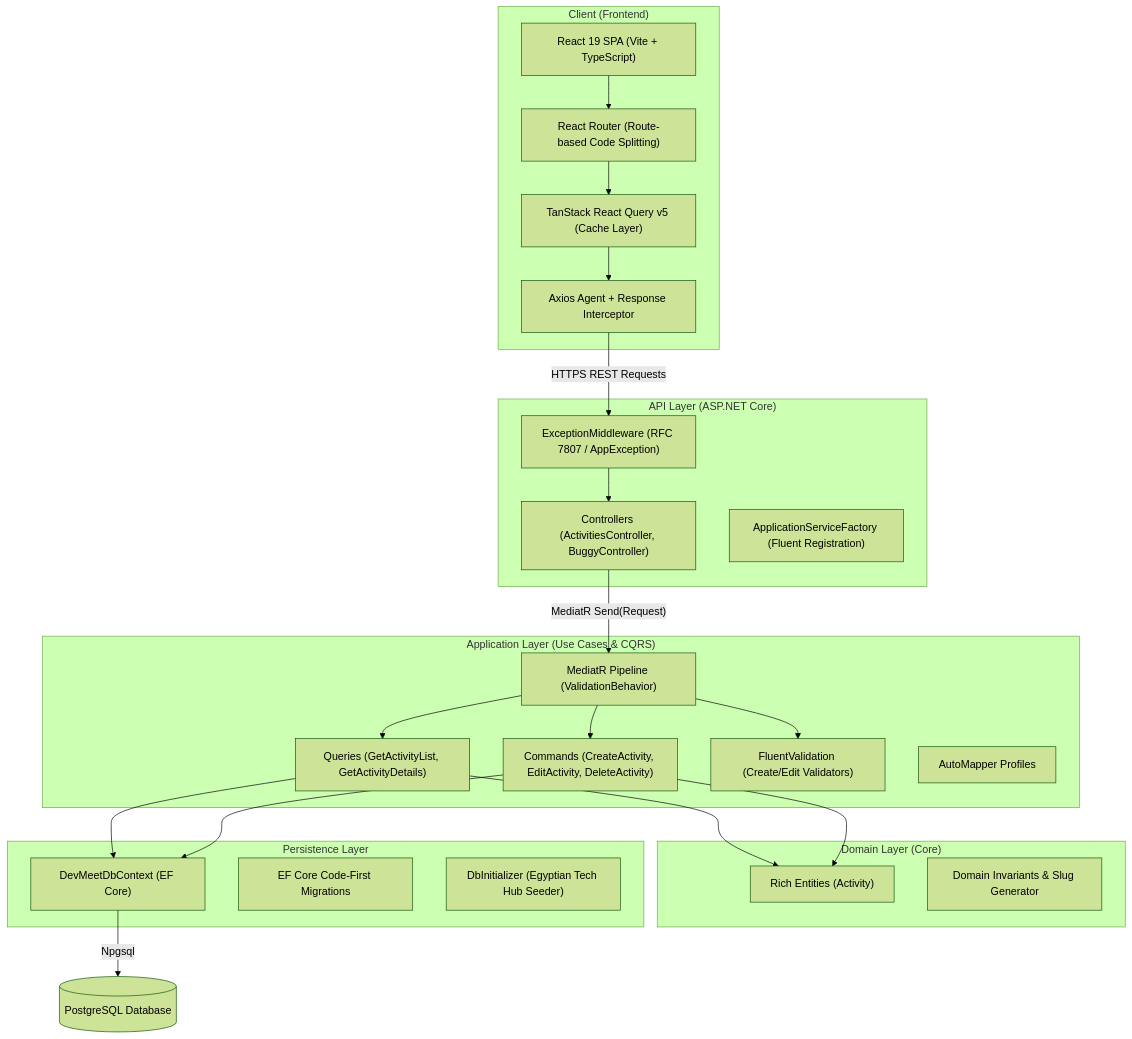
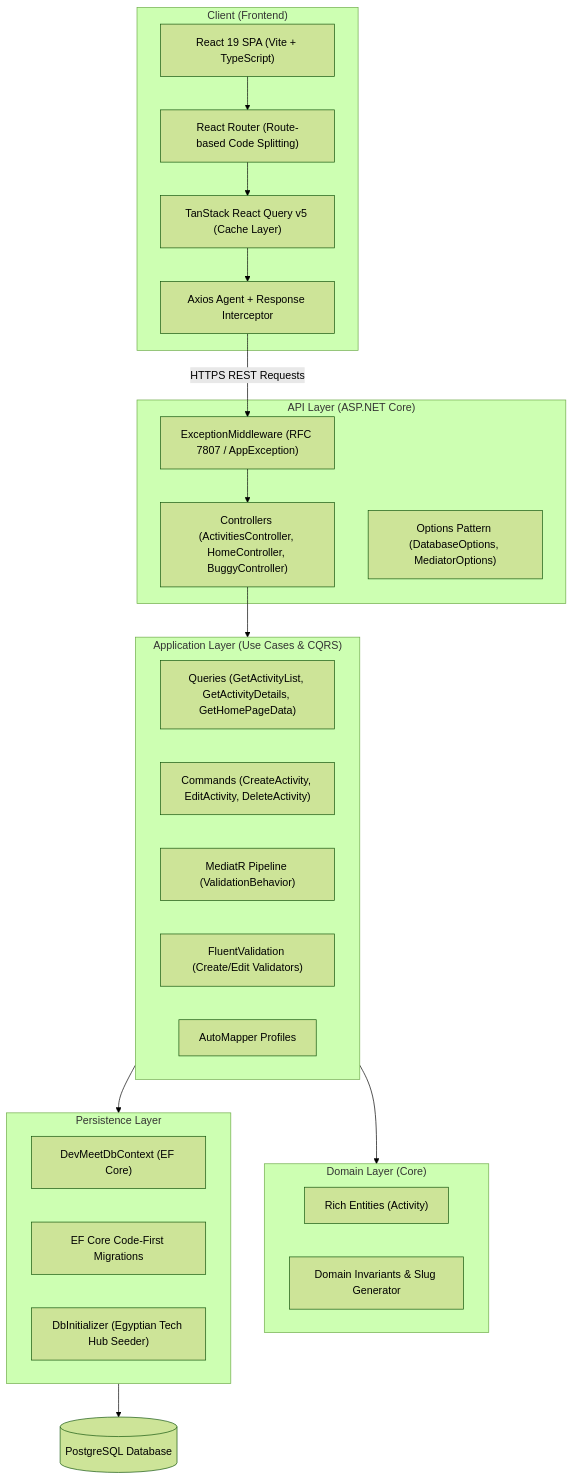
Before and after one commit to ahmed-Basal/Event-Hub: the diagram in README.md, drawn with Mermaid (forest theme). The commit also changed other lines of this file, not shown here.

Commit message:
docs: update README.md with home feature, shared form components, and options pattern

````diff
--- a/README.md
+++ b/README.md
@@ -62,46 +64,44 @@
 ```mermaid
 graph TD
     subgraph UI ["Client (Frontend)"]
         React["React 19 SPA (Vite + TypeScript)"]
         Router["React Router (Route-based Code Splitting)"]
         TanStack["TanStack React Query v5 (Cache Layer)"]
         Axios["Axios Agent + Response Interceptor"]
         React --> Router --> TanStack --> Axios
     end
 
     subgraph API_Layer ["API Layer (ASP.NET Core)"]
-        Controllers["Controllers (ActivitiesController, BuggyController)"]
+        Controllers["Controllers (ActivitiesController, HomeController, BuggyController)"]
         Middleware["ExceptionMiddleware (RFC 7807 / AppException)"]
-        ServiceFactory["ApplicationServiceFactory (Fluent Registration)"]
+        OptionsPattern["Options Pattern (DatabaseOptions, MediatorOptions)"]
     end
 
     subgraph App_Layer ["Application Layer (Use Cases & CQRS)"]
-        Queries["Queries (GetActivityList, GetActivityDetails)"]
+        Queries["Queries (GetActivityList, GetActivityDetails, GetHomePageData)"]
         Commands["Commands (CreateActivity, EditActivity, DeleteActivity)"]
         Pipeline["MediatR Pipeline (ValidationBehavior)"]
         Validators["FluentValidation (Create/Edit Validators)"]
         AutoMapper["AutoMapper Profiles"]
     end
 
     subgraph Domain_Layer ["Domain Layer (Core)"]
         Entities["Rich Entities (Activity)"]
         Invariants["Domain Invariants & Slug Generator"]
     end
 
     subgraph Persist_Layer ["Persistence Layer"]
         DbContext["DevMeetDbContext (EF Core)"]
         Migrations["EF Core Code-First Migrations"]
         DbInit["DbInitializer (Egyptian Tech Hub Seeder)"]
     end
 
     Database[("PostgreSQL Database")]
 
     Axios -->|"HTTPS REST Requests"| Middleware
     Middleware --> Controllers
-    Controllers -->|"MediatR Send(Request)"| Pipeline
-    Pipeline --> Validators
-    Pipeline --> Queries & Commands
-    Queries & Commands --> Entities
-    Queries & Commands --> DbContext
-    DbContext -->|"Npgsql"| Database
+    Controllers --> App_Layer
+    App_Layer --> Domain_Layer
+    App_Layer --> Persist_Layer
+    Persist_Layer --> Database
 ```
````
